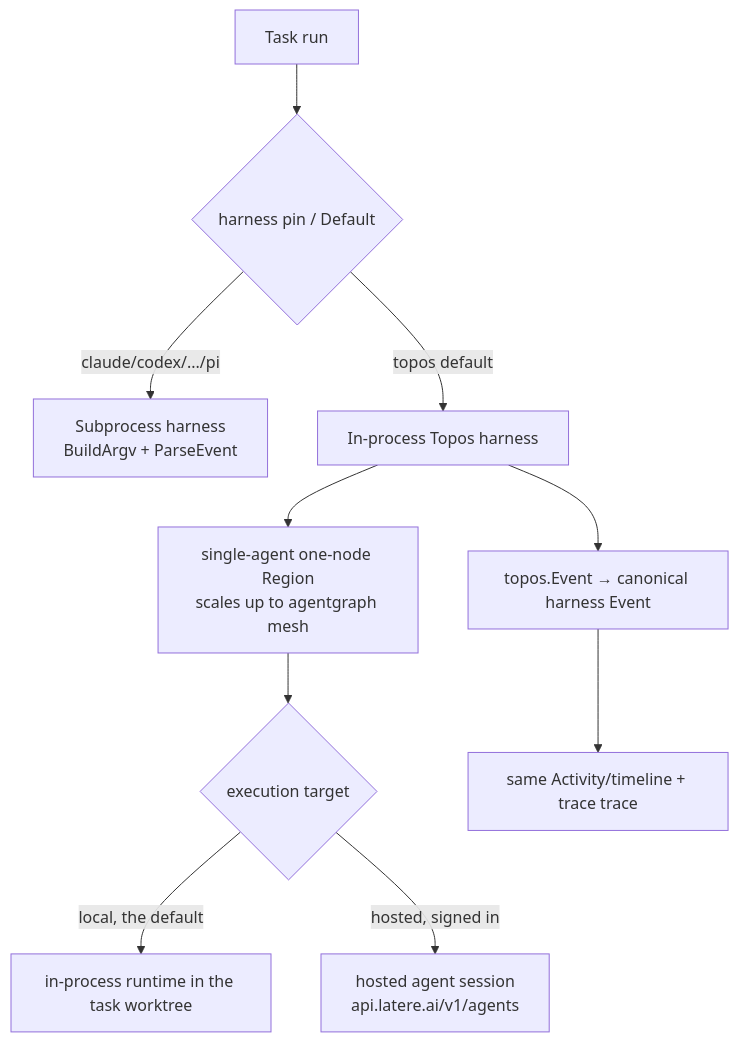
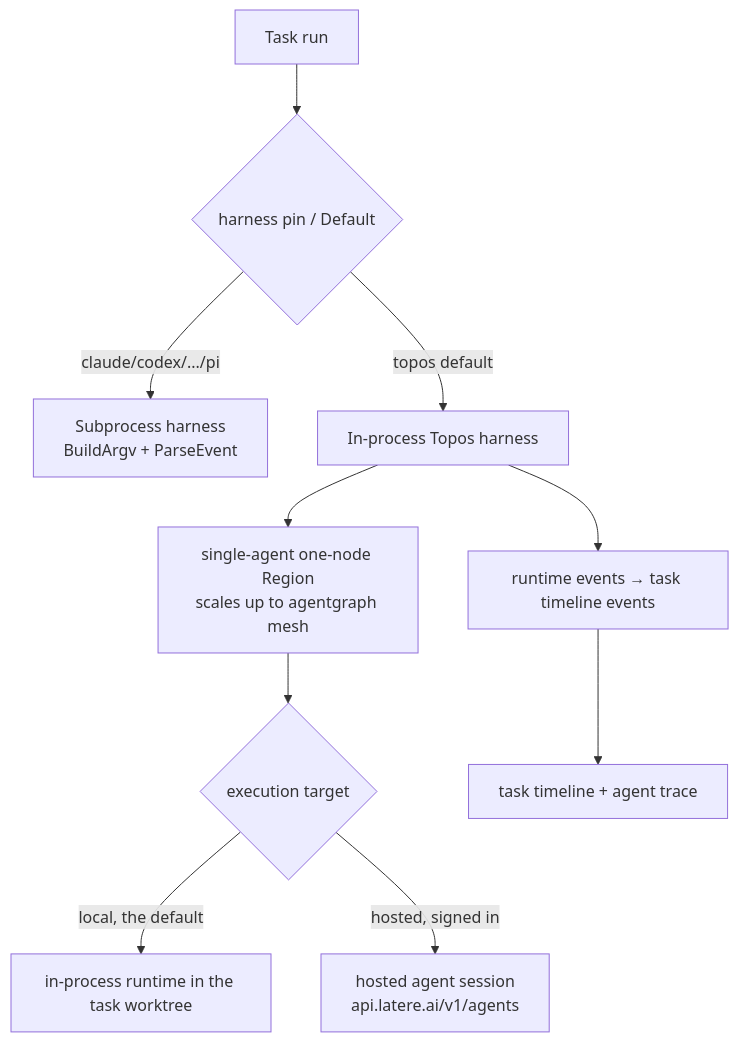
The diagram in specs/shared/topos-native-harness.md (changkun/wallfacer), drawn with Mermaid before and after one commit. The commit also changed other lines of this file, not shown here.

Commit message:
specs: the native harness spec records what shipped with resolvable commits and what blocks the default

````diff
--- a/specs/shared/topos-native-harness.md
+++ b/specs/shared/topos-native-harness.md
@@ -94,11 +148,11 @@
 ```mermaid
 flowchart TD
   task[Task run] --> resolve{harness pin / Default}
   resolve -->|claude/codex/.../pi| cli[Subprocess harness<br/>BuildArgv + ParseEvent]
   resolve -->|topos default| topos[In-process Topos harness]
   topos --> region[single-agent one-node Region<br/>scales up to agentgraph mesh]
   region --> mode{execution target}
   mode -->|local, the default| local[in-process runtime in the task worktree]
   mode -->|hosted, signed in| cloud[hosted agent session<br/>api.latere.ai/v1/agents]
-  topos --> ev[topos.Event → canonical harness Event] --> stream[same Activity/timeline + trace trace]
+  topos --> ev[runtime events → task timeline events] --> stream[task timeline + agent trace]
 ```
````
